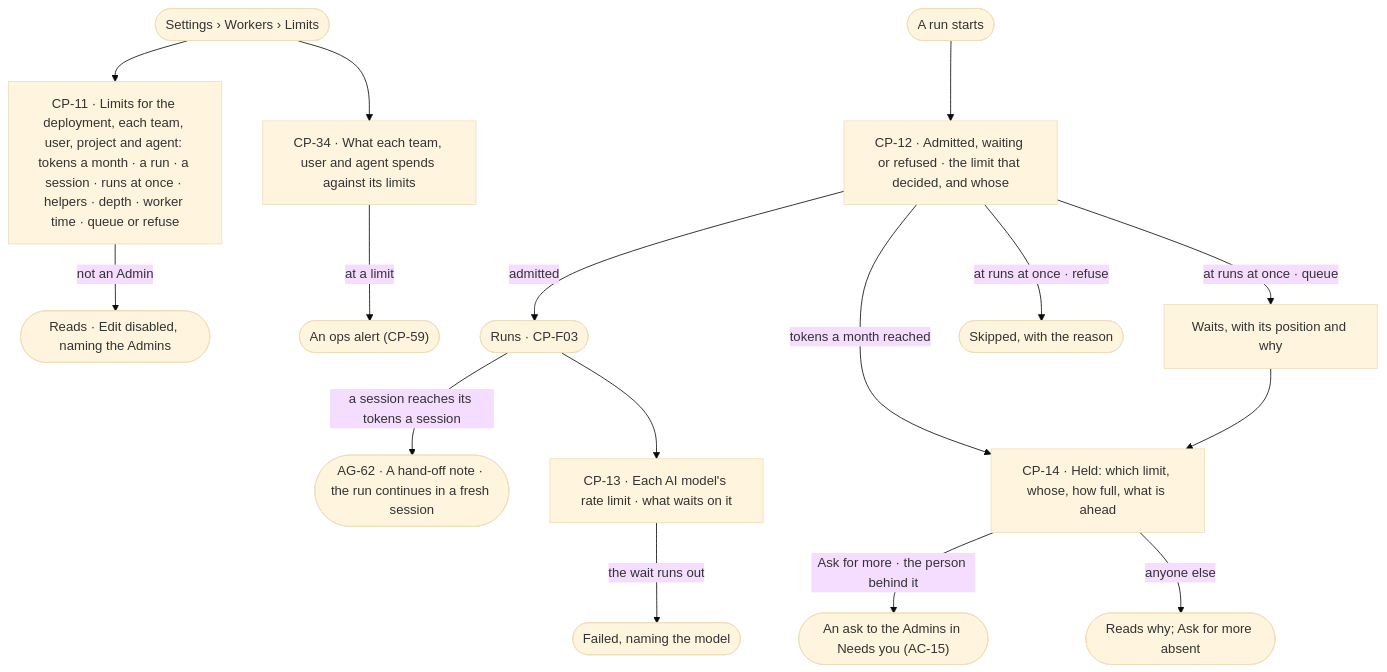
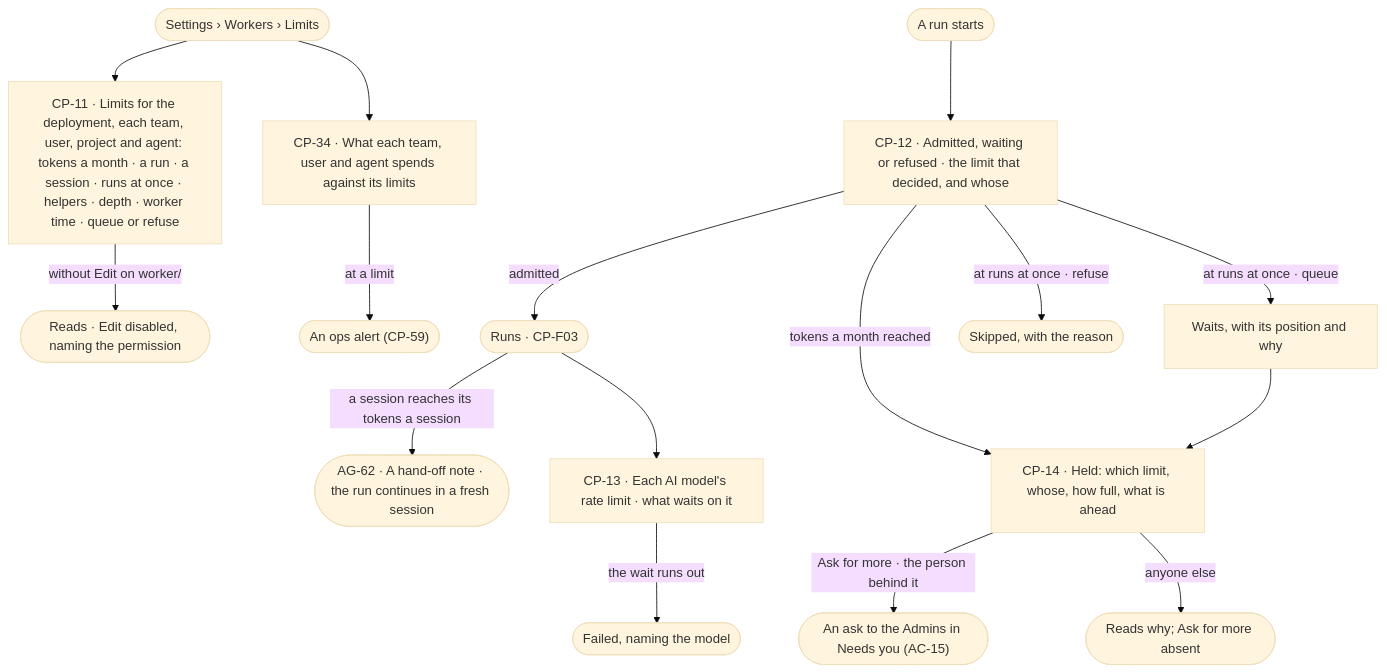
Before and after one commit to invana/invana: the diagram in specs/os/control/features/CP-F04-limits/feature.md, drawn with Mermaid (base theme). The commit also changed other lines of this file and 228 other files, not shown here.

````diff
--- a/specs/os/control/features/CP-F04-limits/feature.md
+++ b/specs/os/control/features/CP-F04-limits/feature.md
@@ -27,18 +27,18 @@
 ```mermaid
 flowchart TD
   s([Settings › Workers › Limits]) --> lim["CP-11 · Limits for the deployment, each team, user, project and agent: tokens a month · a run · a session · runs at once · helpers · depth · worker time · queue or refuse"]
-  lim -->|not an Admin| ro(["Reads · Edit disabled, naming the Admins"])
+  lim -->|without Edit on worker/<group>| ro(["Reads · Edit disabled, naming the permission"])
   s --> use["CP-34 · What each team, user and agent spends against its limits"]
   use -->|at a limit| al(["An ops alert (CP-59)"])
   start([A run starts]) --> adm["CP-12 · Admitted, waiting or refused · the limit that decided, and whose"]
   adm -->|admitted| go(["Runs · CP-F03"])
   go -->|a session reaches its tokens a session| cont(["AG-62 · A hand-off note · the run continues in a fresh session"])
   adm -->|at runs at once · queue| w["Waits, with its position and why"]
   adm -->|at runs at once · refuse| no(["Skipped, with the reason"])
   adm -->|tokens a month reached| held["CP-14 · Held: which limit, whose, how full, what is ahead"]
   go --> ai["CP-13 · Each AI model's rate limit · what waits on it"]
   ai -->|the wait runs out| f(["Failed, naming the model"])
   w --> held
   held -->|Ask for more · the person behind it| ask(["An ask to the Admins in Needs you (AC-15)"])
   held -->|anyone else| why(["Reads why; Ask for more absent"])
 ```
````
